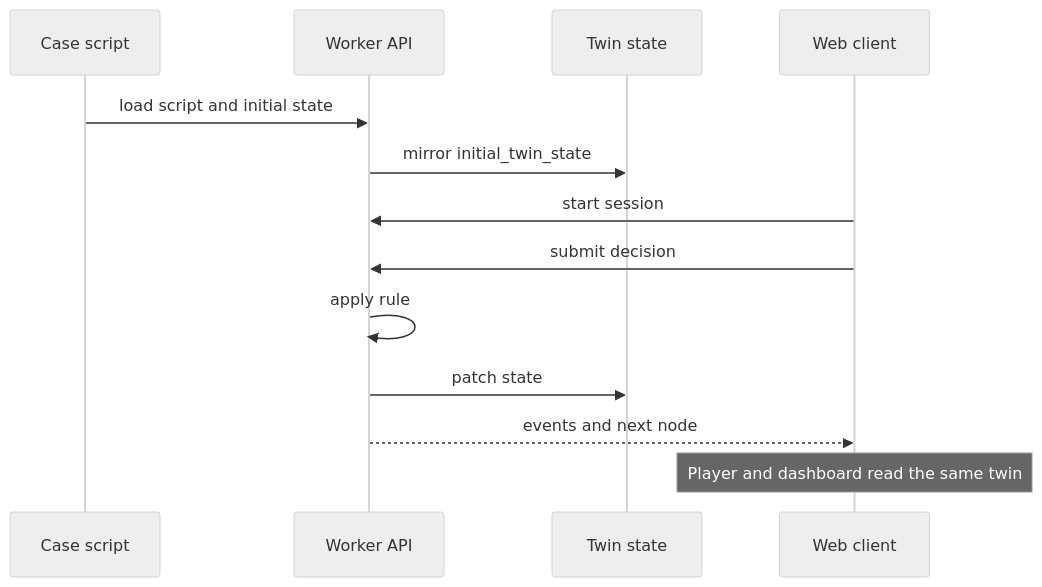
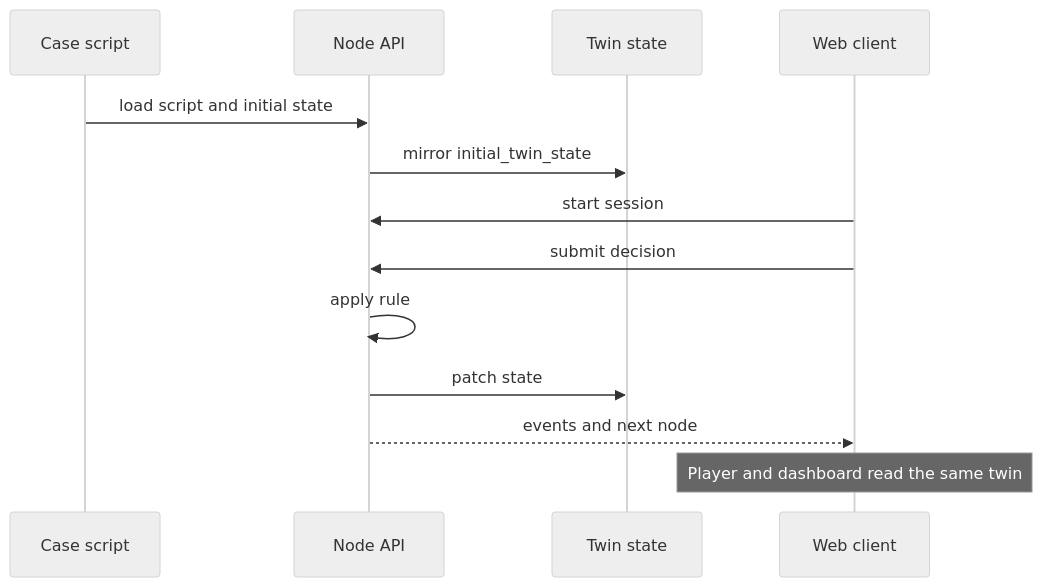
One commit to innalhy/aml-twin changed the second of 2 diagrams in docs/architecture.md. Above: the diagram before and after it, drawn with Mermaid (neutral theme). The commit also changed other lines of this file and 22 other files, not shown here.

````diff
--- a/docs/architecture.md
+++ b/docs/architecture.md
@@ -31,15 +35,15 @@
 ```mermaid
 sequenceDiagram
   participant Script as Case script
-  participant API as Worker API
+  participant API as Node API
   participant Twin as Twin state
   participant Web as Web client
   Script->>API: load script and initial state
   API->>Twin: mirror initial_twin_state
   Web->>API: start session
   Web->>API: submit decision
   API->>API: apply rule
   API->>Twin: patch state
   API-->>Web: events and next node
   Note over Web: Player and dashboard read the same twin
 ```
````
